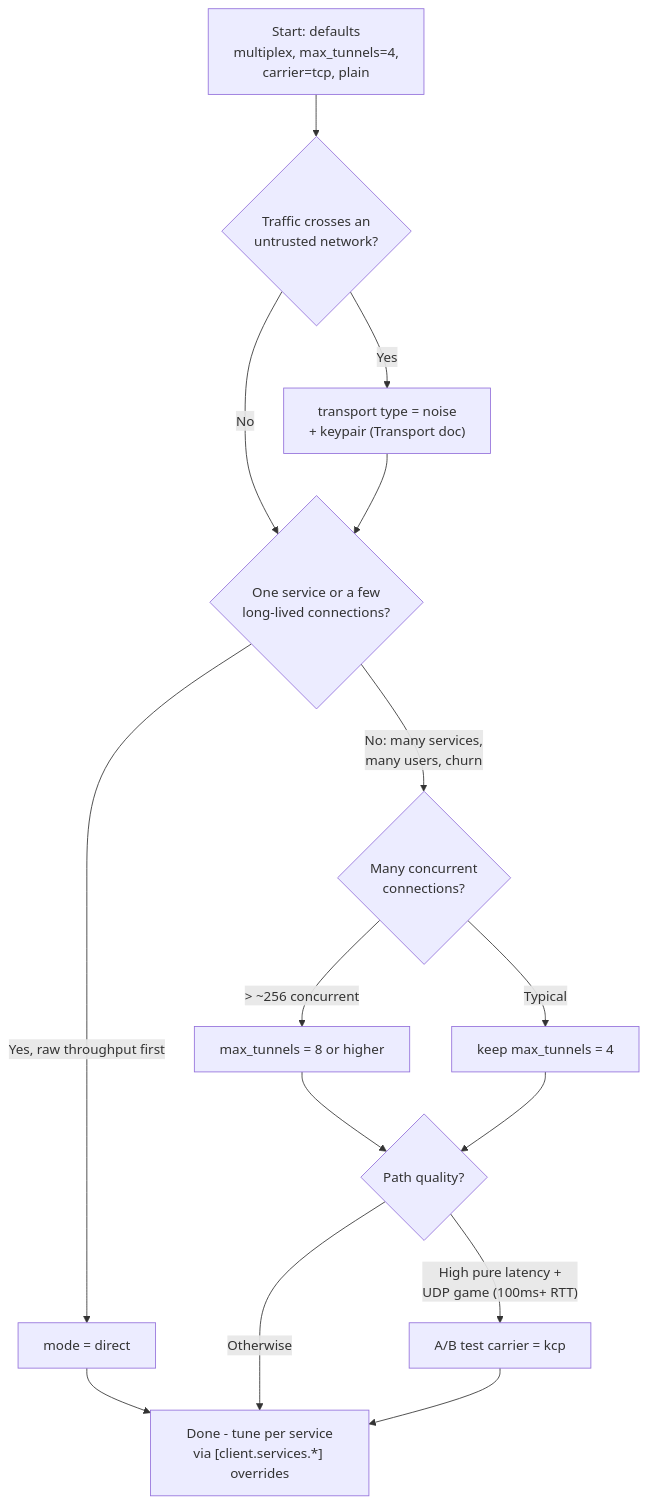
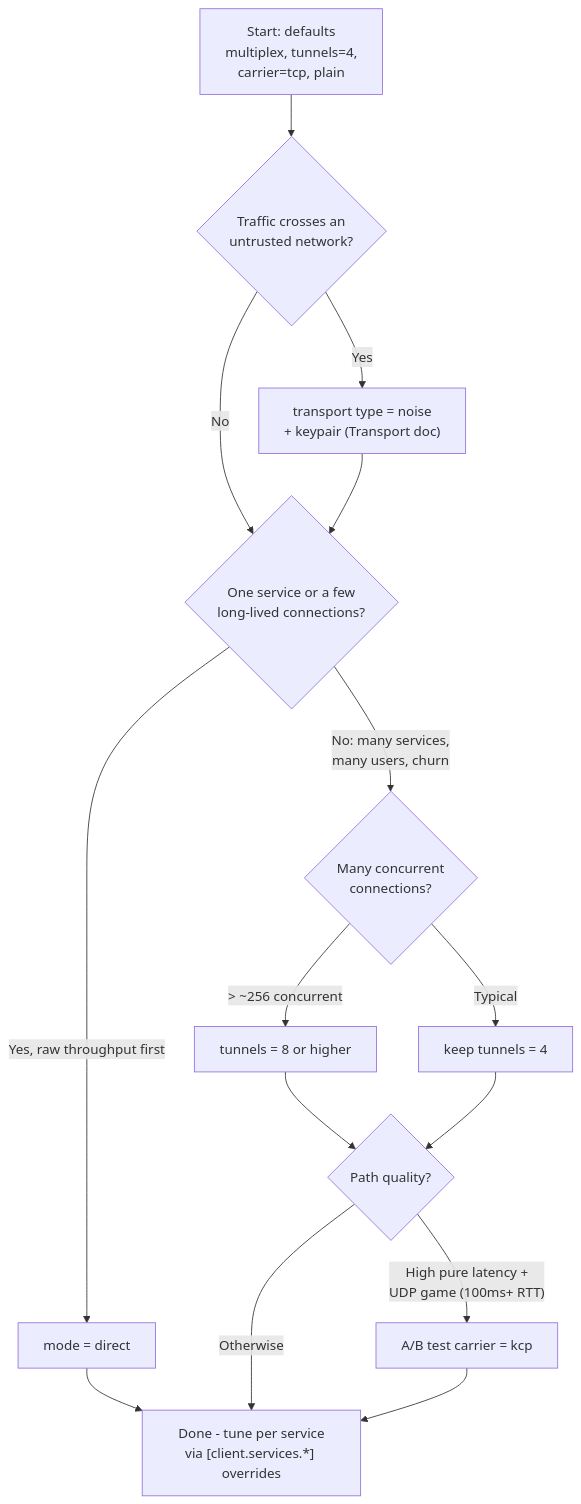
The diagram in docs/configuration.md (NIyueeE/molehill), drawn with Mermaid before and after one commit. The commit also changed other lines of this file and 32 other files, not shown here.

````diff
--- a/docs/configuration.md
+++ b/docs/configuration.md
@@ -137,17 +137,17 @@
 ```mermaid
 flowchart TD
-    A["Start: defaults<br/>multiplex, max_tunnels=4,<br/>carrier=tcp, plain"] --> B{"Traffic crosses an<br/>untrusted network?"}
+    A["Start: defaults<br/>multiplex, tunnels=4,<br/>carrier=tcp, plain"] --> B{"Traffic crosses an<br/>untrusted network?"}
     B -- Yes --> C["transport type = noise<br/>+ keypair (Transport doc)"]
     B -- No --> D{"One service or a few<br/>long-lived connections?"}
     C --> D
     D -- "Yes, raw throughput first" --> E["mode = direct"]
     D -- "No: many services,<br/>many users, churn" --> F{"Many concurrent<br/>connections?"}
     E --> Z["Done - tune per service<br/>via [client.services.*] overrides"]
-    F -- "> ~256 concurrent" --> G["max_tunnels = 8 or higher"]
-    F -- Typical --> H["keep max_tunnels = 4"]
+    F -- "> ~256 concurrent" --> G["tunnels = 8 or higher"]
+    F -- Typical --> H["keep tunnels = 4"]
     G --> I{"Path quality?"}
     H --> I
     I -- "High pure latency +<br/>UDP game (100ms+ RTT)" --> J["A/B test carrier = kcp"]
     I -- Otherwise --> Z
     J --> Z
 ```
````
